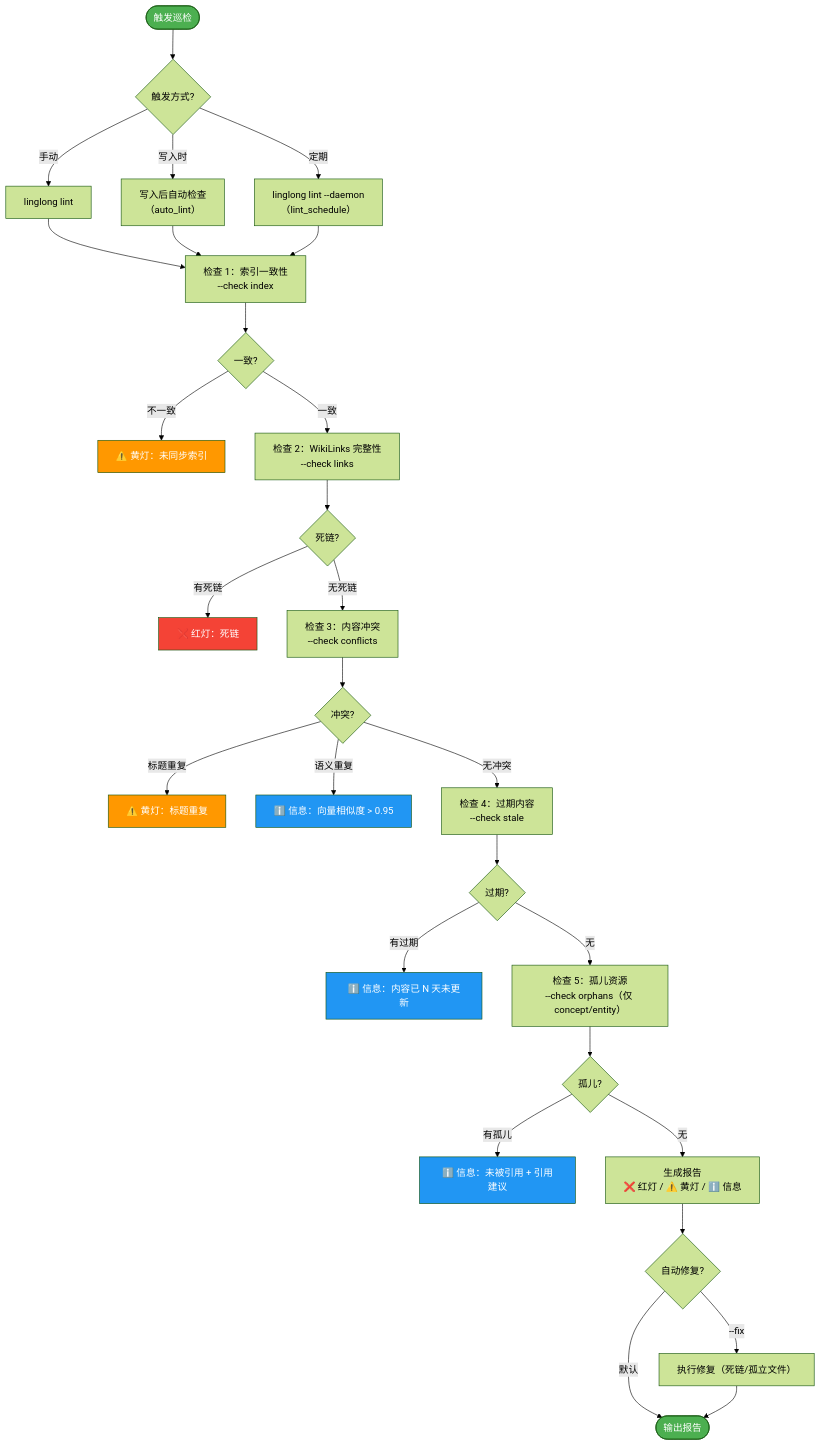
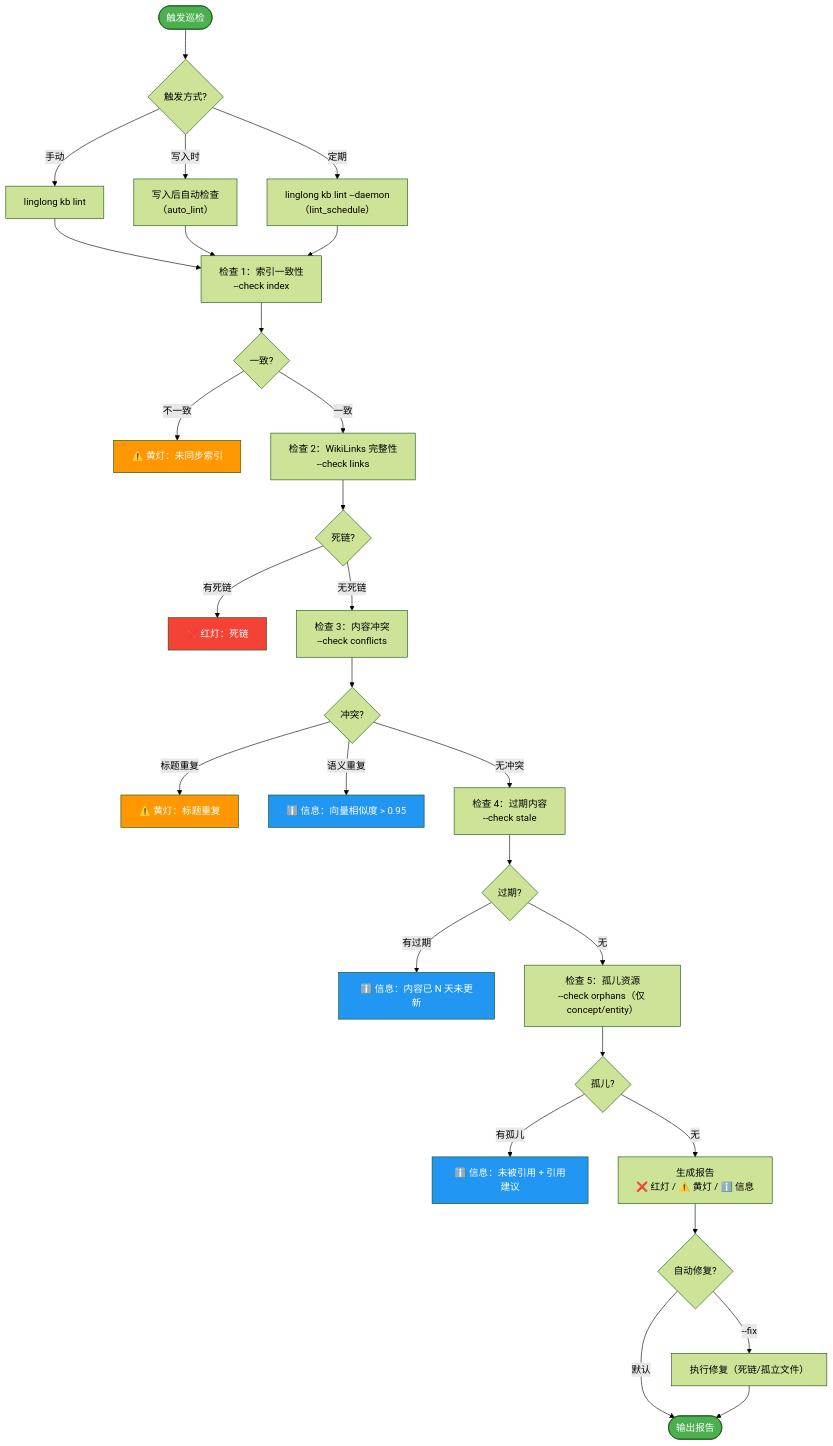
One commit to xinovate/linglong-knowledge changed the diagram in docs/knowledge/design/05-lint.md. Above: the diagram before and after it, drawn with Mermaid (forest theme). The commit also changed other lines of this file and 23 other files, not shown here.

````diff
--- a/docs/knowledge/design/05-lint.md
+++ b/docs/knowledge/design/05-lint.md
@@ -17,53 +17,53 @@
 ```mermaid
 flowchart TD
     Start([触发巡检]) --> Trigger{"触发方式?"}
-    Trigger -->|手动| Manual["linglong lint"]
+    Trigger -->|手动| Manual["linglong kb lint"]
     Trigger -->|写入时| WriteHook["写入后自动检查<br/>（auto_lint）"]
-    Trigger -->|定期| Cron["linglong lint --daemon<br/>（lint_schedule）"]
+    Trigger -->|定期| Cron["linglong kb lint --daemon<br/>（lint_schedule）"]
 
     Manual --> Step1
     WriteHook --> Step1
     Cron --> Step1
 
     Step1["检查 1：索引一致性<br/>--check index"]
     Step1 --> R1{"一致?"}
     R1 -->|不一致| W1["⚠️ 黄灯：未同步索引"]
     R1 -->|一致| Step2
 
     Step2["检查 2：WikiLinks 完整性<br/>--check links"]
     Step2 --> R2{"死链?"}
     R2 -->|有死链| E1["❌ 红灯：死链"]
     R2 -->|无死链| Step3
 
     Step3["检查 3：内容冲突<br/>--check conflicts"]
     Step3 --> R3{"冲突?"}
     R3 -->|标题重复| W2["⚠️ 黄灯：标题重复"]
     R3 -->|语义重复| I1["ℹ️ 信息：向量相似度 > 0.95"]
     R3 -->|无冲突| Step4
 
     Step4["检查 4：过期内容<br/>--check stale"]
     Step4 --> R4{"过期?"}
     R4 -->|有过期| I2["ℹ️ 信息：内容已 N 天未更新"]
     R4 -->|无| Step5
 
     Step5["检查 5：孤儿资源<br/>--check orphans（仅 concept/entity）"]
     Step5 --> R5{"孤儿?"}
     R5 -->|有孤儿| I3["ℹ️ 信息：未被引用 + 引用建议"]
     R5 -->|无| Report
 
     Report["生成报告<br/>❌ 红灯 / ⚠️ 黄灯 / ℹ️ 信息"]
     Report --> Fix{自动修复?}
     Fix -->|--fix| Execute["执行修复（死链/孤立文件）"]
     Fix -->|默认| Done([输出报告])
 
     Execute --> Done
 
     style Start fill:#4CAF50,color:#fff
     style Done fill:#4CAF50,color:#fff
     style E1 fill:#F44336,color:#fff
     style W1 fill:#FF9800,color:#fff
     style W2 fill:#FF9800,color:#fff
     style I1 fill:#2196F3,color:#fff
     style I2 fill:#2196F3,color:#fff
     style I3 fill:#2196F3,color:#fff
 ```
````
